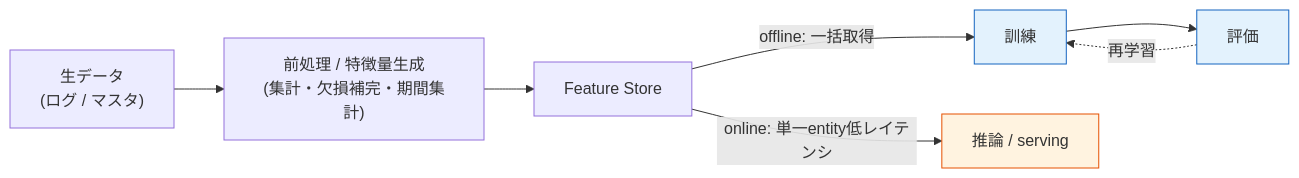
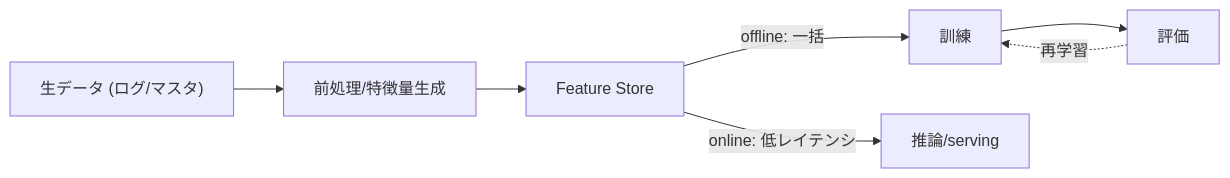
One commit to kurosawa-kuro/study-gcp-feature-store changed the third of 10 diagrams in docs/Feature-store入門.md. Above: the diagram before and after it, drawn with Mermaid. The commit also changed other lines of this file and 6 other files, not shown here.

````diff
--- a/docs/Feature-store入門.md
+++ b/docs/Feature-store入門.md
@@ -68,14 +67,9 @@
 ```mermaid
-flowchart LR
-    A["生データ<br/>(ログ / マスタ)"] --> B["前処理 / 特徴量生成<br/>(集計・欠損補完・期間集計)"]
+graph LR
+    A["生データ (ログ/マスタ)"] --> B["前処理/特徴量生成"]
     B --> FS["Feature Store"]
-    FS -->|"offline: 一括取得"| C["訓練"]
+    FS -->|"offline: 一括"| C["訓練"]
     C --> D["評価"]
-    FS -->|"online: 単一entity低レイテンシ"| E["推論 / serving"]
-    D -. 再学習 .-> C
-
-    classDef off fill:#e3f2fd,stroke:#1565c0;
-    classDef on fill:#fff3e0,stroke:#e65100;
-    class C,D off;
-    class E on;
+    FS -->|"online: 低レイテンシ"| E["推論/serving"]
+    D -.->|"再学習"| C
 ```
````
